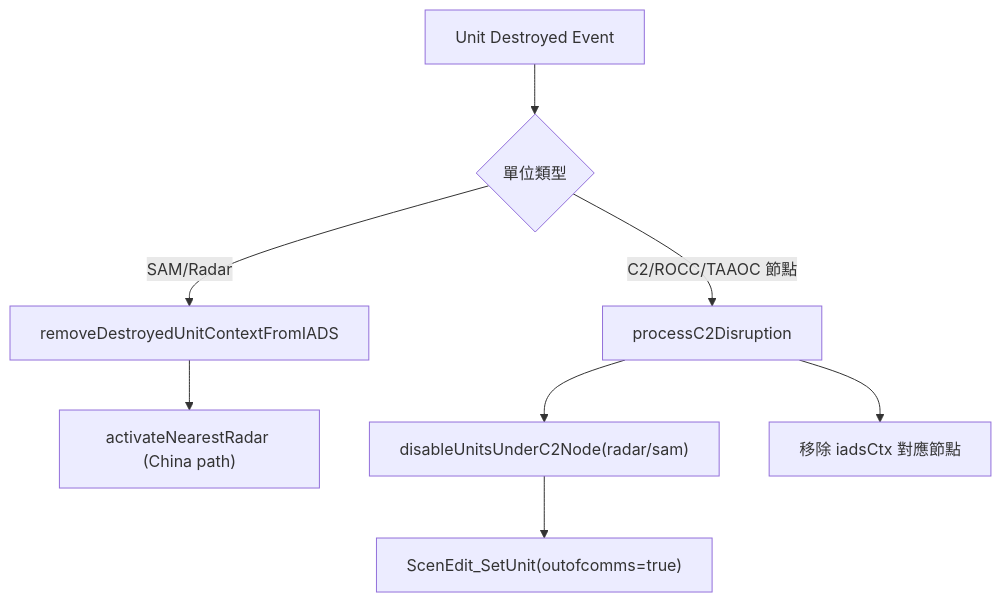
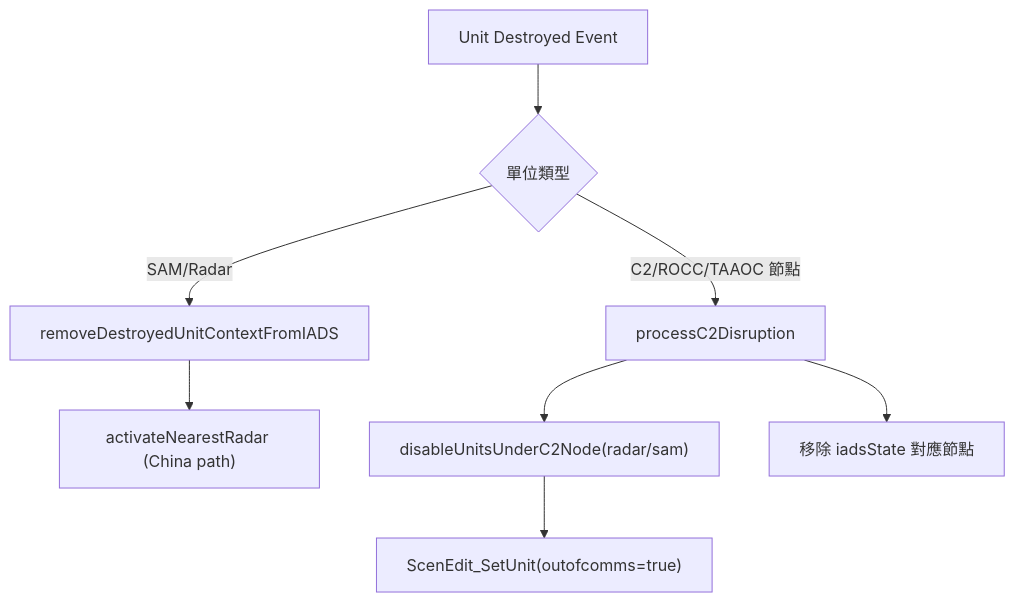
The diagram in docs/integratedAirDefenseSystem.md (pullupjumper/formosa-in-flames), drawn with Mermaid before and after one commit. The commit also changed other lines of this file and 67 other files, not shown here.

````diff
--- a/docs/integratedAirDefenseSystem.md
+++ b/docs/integratedAirDefenseSystem.md
@@ -33,11 +33,11 @@
 ```mermaid
 flowchart TD
     A["Unit Destroyed Event"] --> B{單位類型}
     B -->|C2/ROCC/TAAOC 節點| C["processC2Disruption"]
     B -->|SAM/Radar| D["removeDestroyedUnitContextFromIADS"]
     D --> E["activateNearestRadar (China path)"]
 
     C --> C1["disableUnitsUnderC2Node(radar/sam)"]
     C1 --> C2["ScenEdit_SetUnit(outofcomms=true)"]
-    C --> C3["移除 iadsCtx 對應節點"]
+    C --> C3["移除 iadsState 對應節點"]
 ```
````
